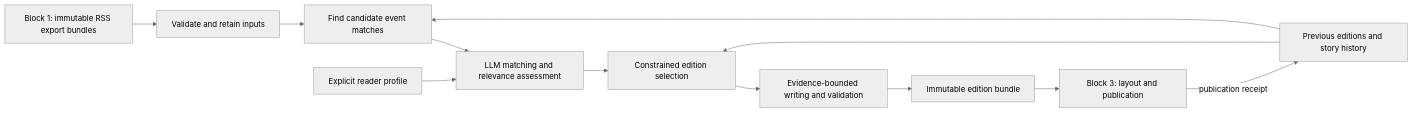
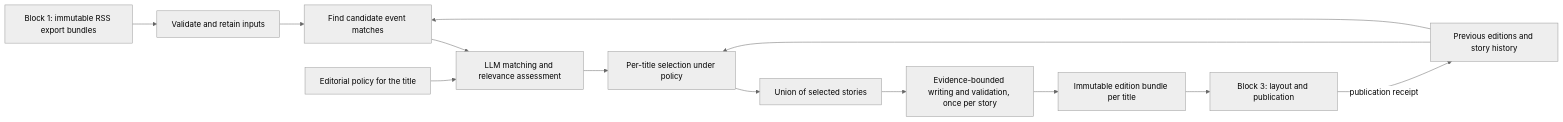
The diagram in plans/news-editorial-architecture-plan.md (vyakimov/copenhagen-daily), drawn with Mermaid (neutral theme) before and after one commit. The commit also changed other lines of this file and 2 other files, not shown here.

Commit message:
Define shared editorial pipeline and web-first publishing plan

````diff
--- a/plans/news-editorial-architecture-plan.md
+++ b/plans/news-editorial-architecture-plan.md
@@ -13,14 +15,15 @@
 ```mermaid
 flowchart LR
     A[Block 1: immutable RSS export bundles] --> B[Validate and retain inputs]
     B --> C[Find candidate event matches]
     C --> D[LLM matching and relevance assessment]
-    D --> E[Constrained edition selection]
-    E --> F[Evidence-bounded writing and validation]
-    F --> G[Immutable edition bundle]
+    D --> E[Per-title selection under policy]
+    E --> U[Union of selected stories]
+    U --> F[Evidence-bounded writing and validation, once per story]
+    F --> G[Immutable edition bundle per title]
     G --> H[Block 3: layout and publication]
-    P[Explicit reader profile] --> D
+    P[Editorial policy for the title] --> D
     S[Previous editions and story history] --> C
     S --> E
     H -->|publication receipt| S
 ```
````
